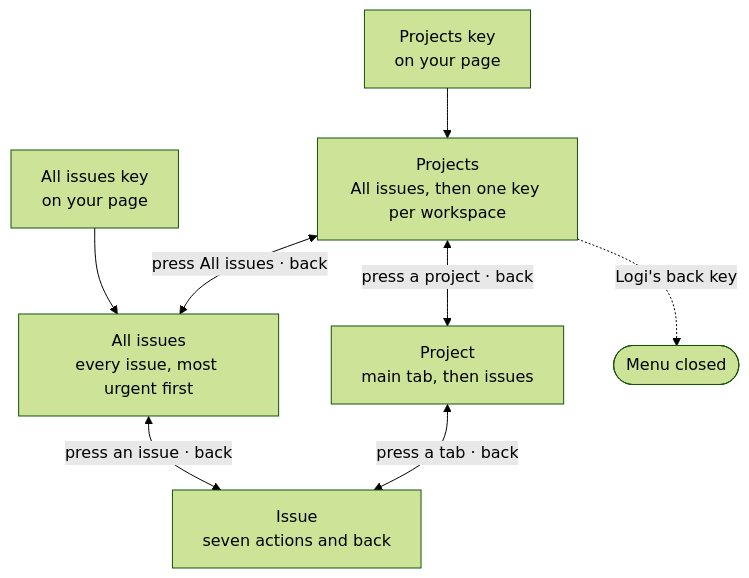
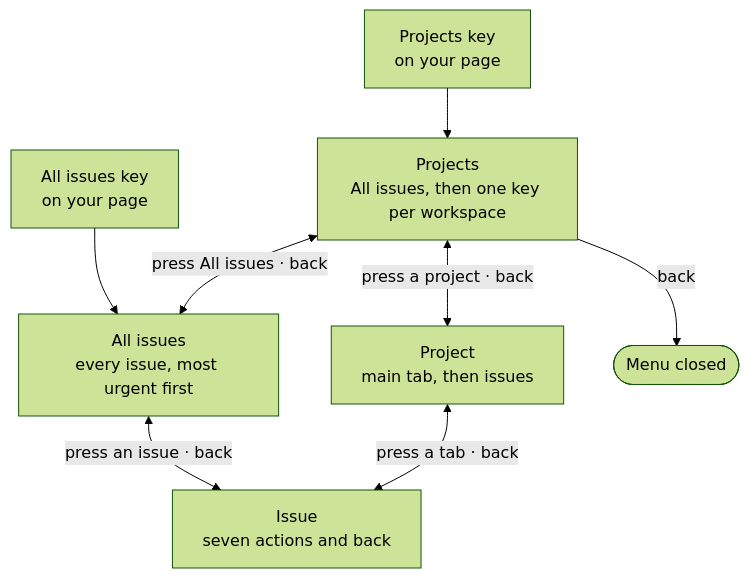
One commit to PieterLuypaert/helm changed the first of 6 diagrams in docs/flows.md. Above: the diagram before and after it, drawn with Mermaid (forest theme). The commit also changed other lines of this file, not shown here.

Commit message:
docs: the projects page closes with helm's own back key

````diff
--- a/docs/flows.md
+++ b/docs/flows.md
@@ -47,10 +47,10 @@
 ```mermaid
 flowchart TD
     key["Projects key<br/>on your page"] --> projects["Projects<br/>All issues, then one key per workspace"]
     allIssues["All issues key<br/>on your page"] --> overview
     projects <-->|"press All issues · back"| overview["All issues<br/>every issue, most urgent first"]
     projects <-->|"press a project · back"| project["Project<br/>main tab, then issues"]
     overview <-->|"press an issue · back"| issue["Issue<br/>seven actions and back"]
     project <-->|"press a tab · back"| issue
-    projects -.->|"Logi's back key"| closed(["Menu closed"])
+    projects -->|back| closed(["Menu closed"])
 ```
````
